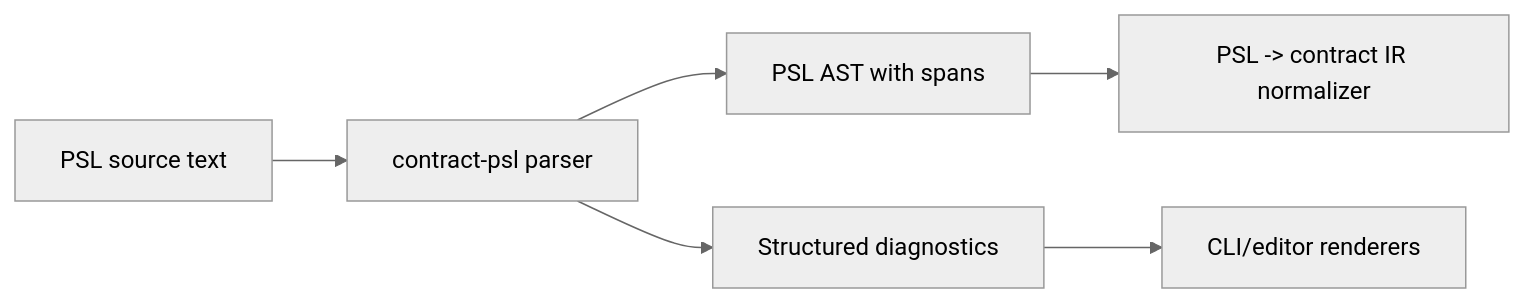
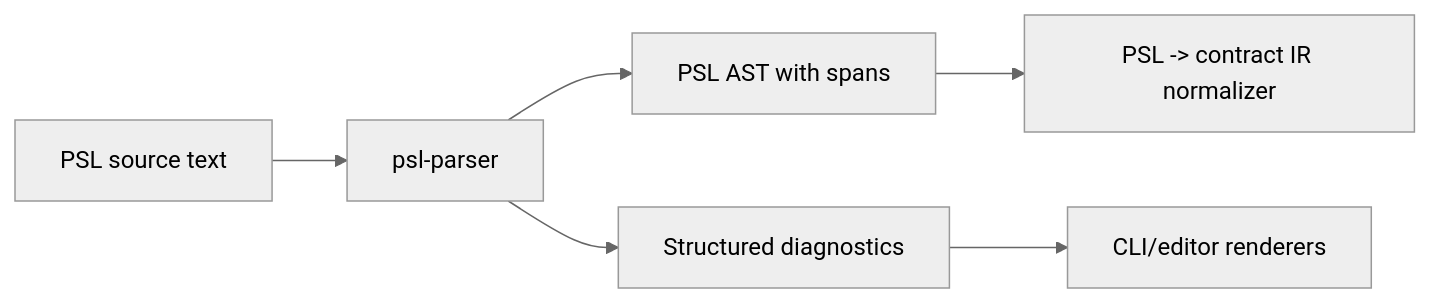
The diagram in packages/1-framework/2-authoring/contract-psl/README.md (prisma/prisma-next), drawn with Mermaid (neutral theme) before and after one commit. The commit also changed other lines of this file and 9 other files, not shown here.

First line of the commit message:
refactor(psl-parser): decouple parser types from sql contract

````diff
--- a/packages/1-framework/2-authoring/contract-psl/README.md
+++ b/packages/1-framework/2-authoring/contract-psl/README.md
@@ -31,8 +31,8 @@
 ```mermaid
 flowchart LR
-  PSL[PSL source text] --> Parser[contract-psl parser]
+  PSL[PSL source text] --> Parser[psl-parser]
   Parser --> AST[PSL AST with spans]
   Parser --> Diagnostics[Structured diagnostics]
   AST --> Normalizer[PSL -> contract IR normalizer]
   Diagnostics --> CLI[CLI/editor renderers]
 ```
````
